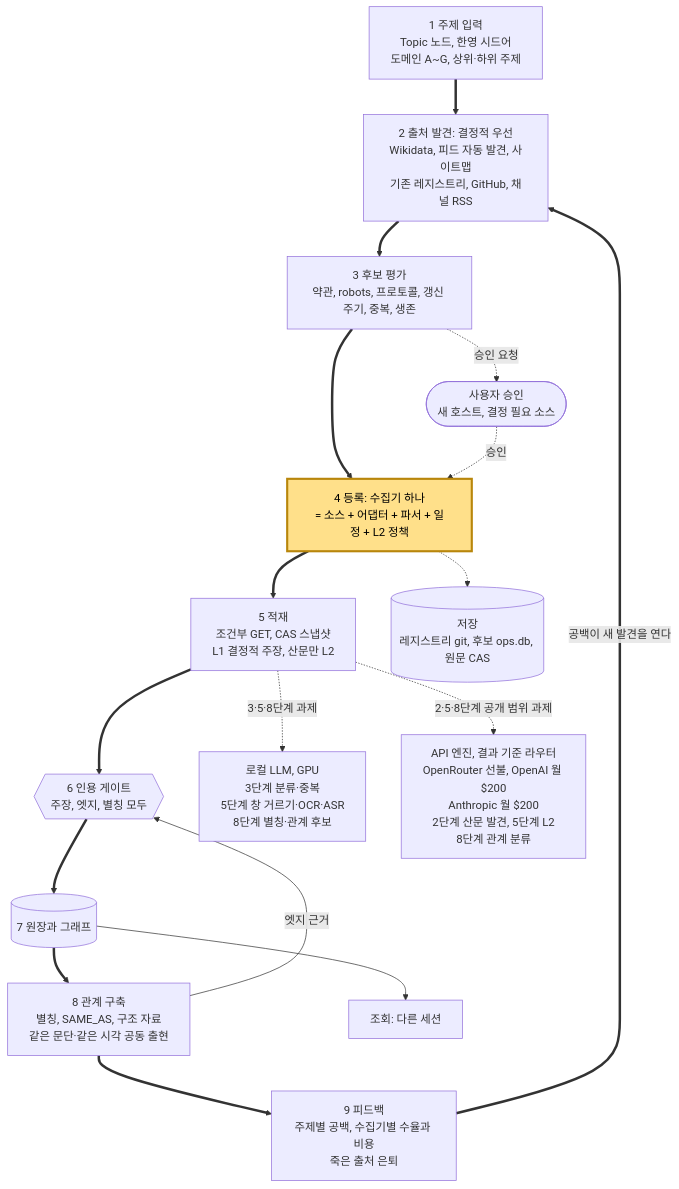
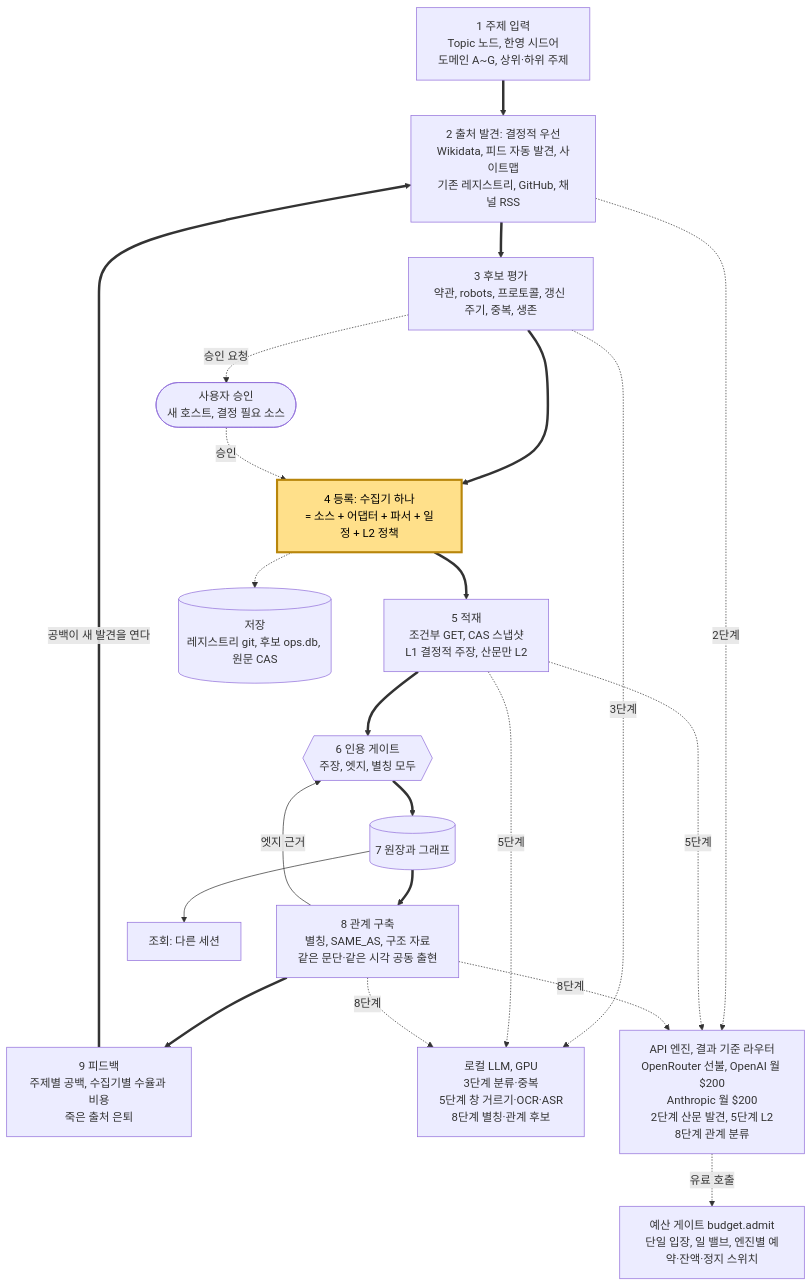
One commit to sagaeforge/archive-agents changed the first of 3 diagrams in others/kb/docs/adr/0004-research-backend.md. Above: the diagram before and after it, drawn with Mermaid. The commit also changed other lines of this file and 5 other files, not shown here.

````diff
--- a/others/kb/docs/adr/0004-research-backend.md
+++ b/others/kb/docs/adr/0004-research-backend.md
@@ -122,28 +122,34 @@
 ```mermaid
 flowchart TB
   T1["1 주제 입력<br/>Topic 노드, 한영 시드어<br/>도메인 A~G, 상위·하위 주제"]
   T2["2 출처 발견: 결정적 우선<br/>Wikidata, 피드 자동 발견, 사이트맵<br/>기존 레지스트리, GitHub, 채널 RSS"]
   T3["3 후보 평가<br/>약관, robots, 프로토콜, 갱신 주기, 중복, 생존"]
   T4["4 등록: 수집기 하나<br/>= 소스 + 어댑터 + 파서 + 일정 + L2 정책"]
   T5["5 적재<br/>조건부 GET, CAS 스냅샷<br/>L1 결정적 주장, 산문만 L2"]
   T6{{"6 인용 게이트<br/>주장, 엣지, 별칭 모두"}}
   T7[("7 원장과 그래프")]
   T8["8 관계 구축<br/>별칭, SAME_AS, 구조 자료<br/>같은 문단·같은 시각 공동 출현"]
   T9["9 피드백<br/>주제별 공백, 수집기별 수율과 비용<br/>죽은 출처 은퇴"]
   USR(["사용자 승인<br/>새 호스트, 결정 필요 소스"])
   LOC["로컬 LLM, GPU<br/>3단계 분류·중복<br/>5단계 창 거르기·OCR·ASR<br/>8단계 별칭·관계 후보"]
   ENG["API 엔진, 결과 기준 라우터<br/>OpenRouter 선불, OpenAI 월 $200<br/>Anthropic 월 $200<br/>2단계 산문 발견, 5단계 L2<br/>8단계 관계 분류"]
+  GATE["예산 게이트 budget.admit<br/>단일 입장, 일 밸브, 엔진별 예약·잔액·정지 스위치"]
   STO[("저장<br/>레지스트리 git, 후보 ops.db, 원문 CAS")]
   USE["조회: 다른 세션"]
   T1 ==> T2 ==> T3 ==> T4 ==> T5 ==> T6 ==> T7 ==> T8 ==> T9
   T9 ==>|공백이 새 발견을 연다| T2
   T8 -->|엣지 근거| T6
   T3 -.->|승인 요청| USR
   USR -.->|승인| T4
   T4 -.-> STO
-  T5 -.->|3·5·8단계 과제| LOC
-  T5 -.->|2·5·8단계 공개 범위 과제| ENG
+  T3 -.->|3단계| LOC
+  T5 -.->|5단계| LOC
+  T8 -.->|8단계| LOC
+  T2 -.->|2단계| ENG
+  T5 -.->|5단계| ENG
+  T8 -.->|8단계| ENG
+  ENG -.->|유료 호출| GATE
   T7 --> USE
   classDef hot fill:#ffe08a,stroke:#b8860b,stroke-width:3px,color:#000
   class T4 hot
 ```
````
